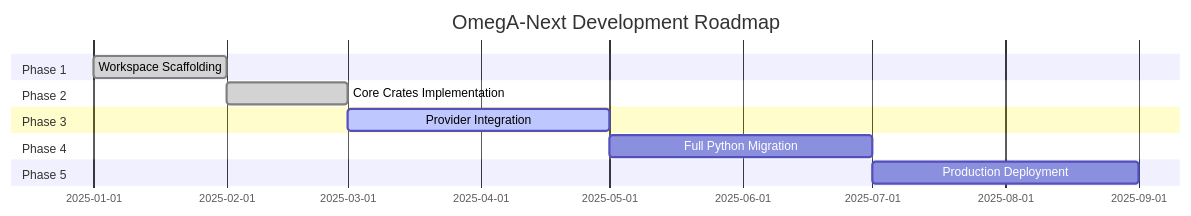
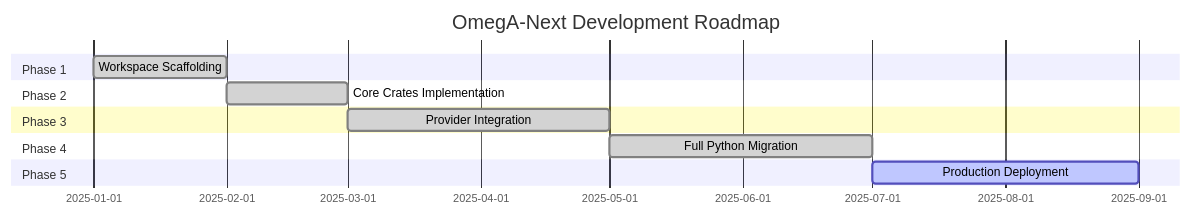
The eighth of 9 diagrams in README.md (Mega-Therion/Chyren), drawn with Mermaid before and after one commit. The commit also changed other lines of this file and 31 other files, not shown here.

````diff
--- a/README.md
+++ b/README.md
@@ -576,15 +563,15 @@
 ```mermaid
 gantt
     title OmegA-Next Development Roadmap
     dateFormat YYYY-MM
     section Phase 1
     Workspace Scaffolding :done, p1, 2025-01, 2025-02
     section Phase 2
     Core Crates Implementation :done, p2, 2025-02, 2025-03
     section Phase 3
-    Provider Integration :active, p3, 2025-03, 2025-05
+    Provider Integration :done, p3, 2025-03, 2025-05
     section Phase 4
-    Full Python Migration :p4, 2025-05, 2025-07
+    Full Python Migration :done, p4, 2025-05, 2025-07
     section Phase 5
-    Production Deployment :p5, 2025-07, 2025-09
+    Production Deployment :active, p5, 2025-07, 2025-09
 ```
````
